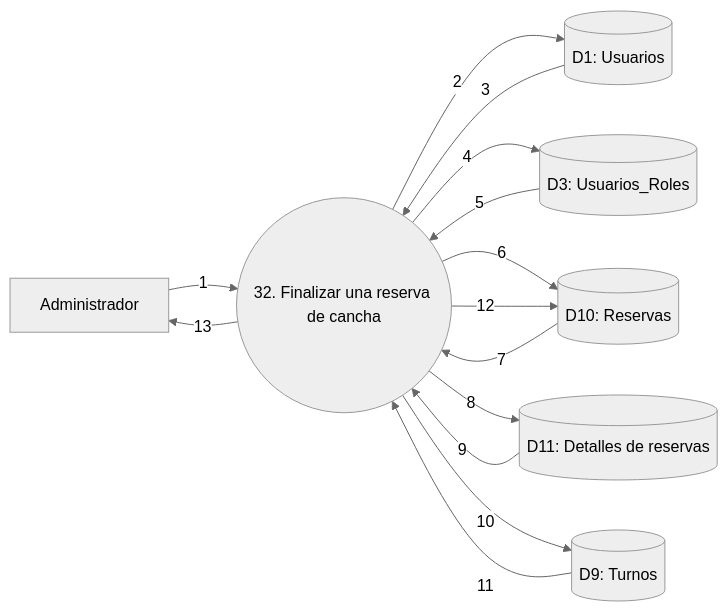
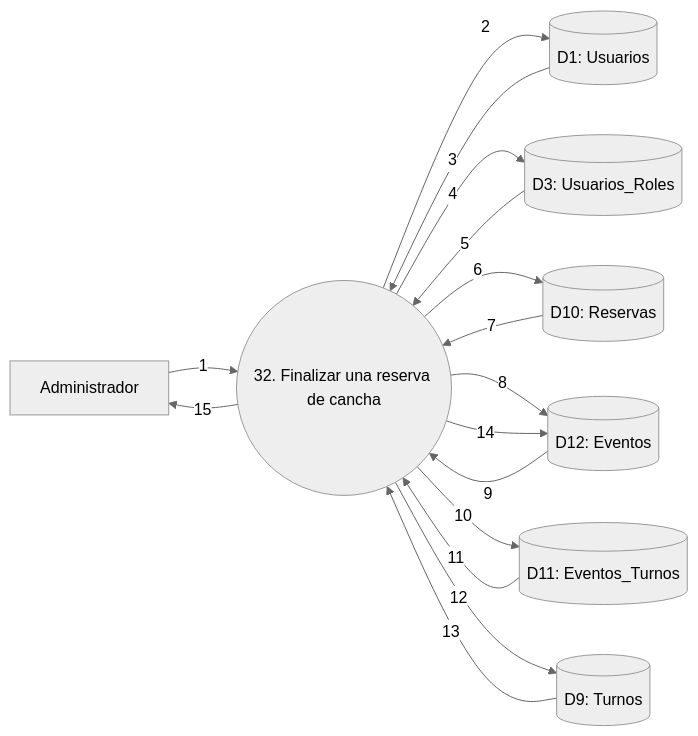
Before and after one commit to fasempertegui/Matchpoint-Taller: diagram 32 of 33 in docs/DFD.md, drawn with Mermaid (neutral theme). The commit also changed other lines of this file and 3 other files, not shown here.

````diff
--- a/docs/DFD.md
+++ b/docs/DFD.md
@@ -1054,24 +1150,27 @@
 ```mermaid
 flowchart LR
     A[Administrador]
     P((32. Finalizar una reserva de cancha))
     D1[(D1: Usuarios)]
     D3[(D3: Usuarios_Roles)]
     D9[(D9: Turnos)]
     D10[(D10: Reservas)]
-    D11[(D11: Detalles de reservas)]
+    D11[(D11: Eventos_Turnos)]
+    D12[(D12: Eventos)]
 
     A -->|1| P
     P -->|2| D1
     D1 -->|3| P
     P -->|4| D3
     D3 -->|5| P
     P -->|6| D10
     D10 -->|7| P
-    P -->|8| D11
-    D11 -->|9| P
-    P -->|10| D9
-    D9 -->|11| P
-    P -->|12| D10
-    P -->|13| A
+    P -->|8| D12
+    D12 -->|9| P
+    P -->|10| D11
+    D11 -->|11| P
+    P -->|12| D9
+    D9 -->|13| P
+    P -->|14| D12
+    P -->|15| A
 ```
````
